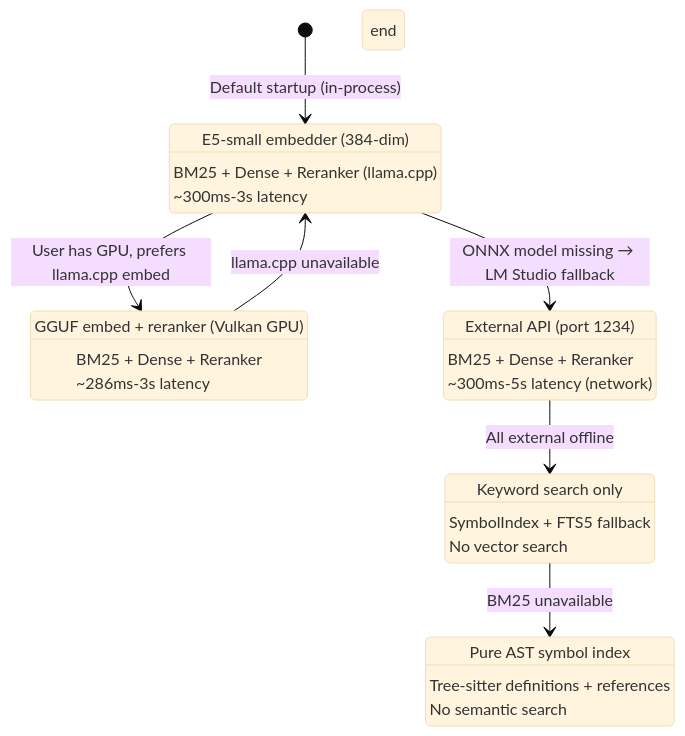
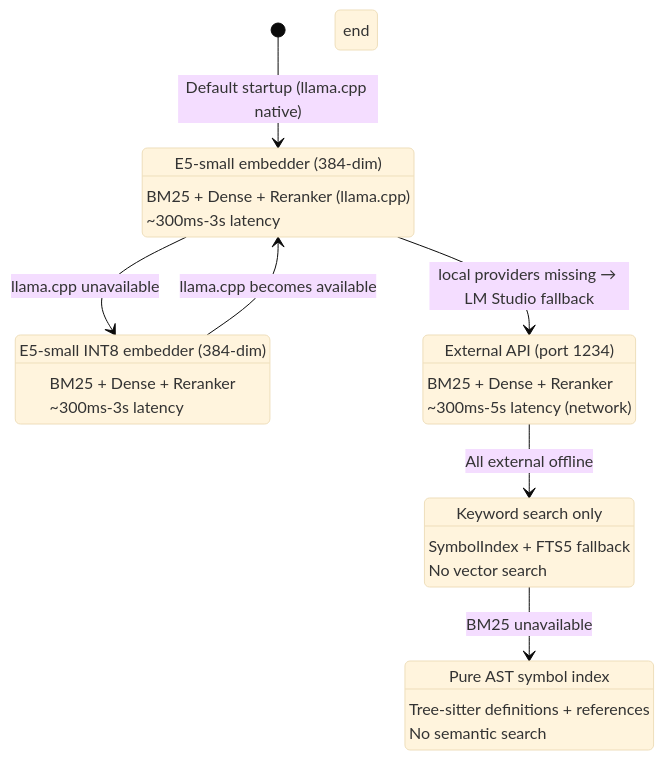
One commit to ManSio/mscodebase-intelligence changed the first of 4 diagrams in docs/en/GRACEFUL_DEGRADATION.md. Above: the diagram before and after it, drawn with Mermaid (base theme). The commit also changed other lines of this file and 12 other files, not shown here.

First line of the commit message:
docs: pass-2 audit — fix description drift (embedder llama.cpp, log paths, intel counts)

````diff
--- a/docs/en/GRACEFUL_DEGRADATION.md
+++ b/docs/en/GRACEFUL_DEGRADATION.md
@@ -17,43 +19,43 @@
 ```mermaid
 stateDiagram-v2
-    [*] --> L1_ONNX: Default startup (in-process)
+    [*] --> L1_GGUF: Default startup (llama.cpp native)
 
-    state L1_ONNX[Level 1: ONNX/OpenVINO INT8 (in-process)]
-        L1_ONNX: E5-small embedder (384-dim)
-        L1_ONNX: BM25 + Dense + Reranker (llama.cpp)
-        L1_ONNX: ~300ms-3s latency
+    state L1_GGUF[Level 1: llama.cpp GGUF (native)]
+        L1_GGUF: E5-small embedder (384-dim)
+        L1_GGUF: BM25 + Dense + Reranker (llama.cpp)
+        L1_GGUF: ~300ms-3s latency
     end
 
-    L1_ONNX --> L2_GGUF: User has GPU, prefers llama.cpp embed
-    L1_ONNX --> L3_LM: ONNX model missing → LM Studio fallback
+    L1_GGUF --> L2_ONNX: llama.cpp unavailable
+    L1_GGUF --> L3_LM: local providers missing → LM Studio fallback
 
-    state L2_GGUF[Level 2: llama.cpp GGUF (GPU)]
-        L2_GGUF: GGUF embed + reranker (Vulkan GPU)
-        L2_GGUF: BM25 + Dense + Reranker
-        L2_GGUF: ~286ms-3s latency
+    state L2_ONNX[Level 2: ONNX/OpenVINO INT8 (in-process fallback)]
+        L2_ONNX: E5-small INT8 embedder (384-dim)
+        L2_ONNX: BM25 + Dense + Reranker
+        L2_ONNX: ~300ms-3s latency
     end
 
-    L2_GGUF --> L1_ONNX: llama.cpp unavailable
+    L2_ONNX --> L1_GGUF: llama.cpp becomes available
 
     state L3_LM[Level 3: LM Studio (remote, optional)]
         L3_LM: External API (port 1234)
         L3_LM: BM25 + Dense + Reranker
         L3_LM: ~300ms-5s latency (network)
     end
 
     L3_LM --> L4_BM25: All external offline
 
     state L4_BM25[Level 4: BM25 Only]
         L4_BM25: Keyword search only
         L4_BM25: SymbolIndex + FTS5 fallback
         L4_BM25: No vector search
     end
 
     L4_BM25 --> L5_SYMBOL: BM25 unavailable
 
     state L5_SYMBOL[Level 5: SymbolIndex Only]
         L5_SYMBOL: Pure AST symbol index
         L5_SYMBOL: Tree-sitter definitions + references
         L5_SYMBOL: No semantic search
     end
 ```
````
